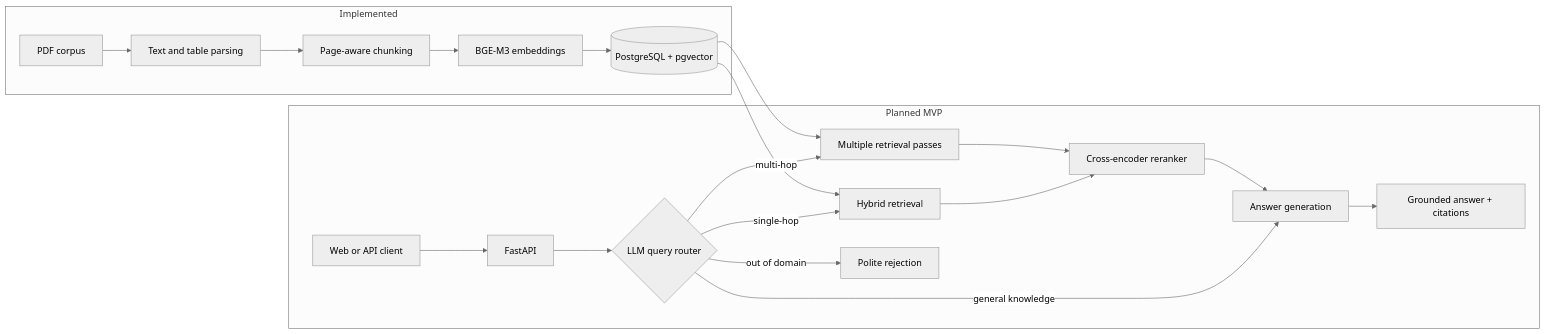
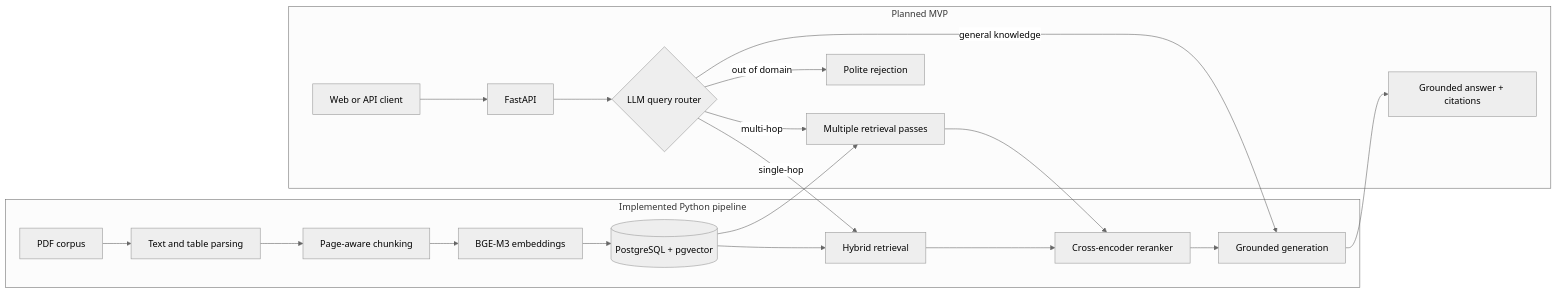
One commit to thanhthanhhp123/FabRAG changed the diagram in README.md. Above: the diagram before and after it, drawn with Mermaid (neutral theme). The commit also changed other lines of this file and 4 other files, not shown here.

Commit message:
Verify grounded Qwen answer generation

````diff
--- a/README.md
+++ b/README.md
@@ -35,24 +38,24 @@
 ```mermaid
 flowchart LR
-    subgraph Implemented[Implemented]
+    subgraph Implemented[Implemented Python pipeline]
         PDF[PDF corpus] --> Parse[Text and table parsing]
         Parse --> Chunk[Page-aware chunking]
         Chunk --> Embed[BGE-M3 embeddings]
         Embed --> DB[(PostgreSQL + pgvector)]
+        DB --> Retrieve[Hybrid retrieval]
+        Retrieve --> Rerank[Cross-encoder reranker]
+        Rerank --> Generate[Grounded generation]
     end
 
     subgraph Planned[Planned MVP]
         User[Web or API client] --> API[FastAPI]
         API --> Router{LLM query router}
-        Router -->|single-hop| Retrieve[Hybrid retrieval]
+        Router -->|single-hop| Retrieve
         Router -->|multi-hop| Multi[Multiple retrieval passes]
-        Router -->|general knowledge| Generate[Answer generation]
+        Router -->|general knowledge| Generate
         Router -->|out of domain| Reject[Polite rejection]
-        DB --> Retrieve
         DB --> Multi
-        Retrieve --> Rerank[Cross-encoder reranker]
         Multi --> Rerank
-        Rerank --> Generate
         Generate --> Answer[Grounded answer + citations]
     end
 ```
````
